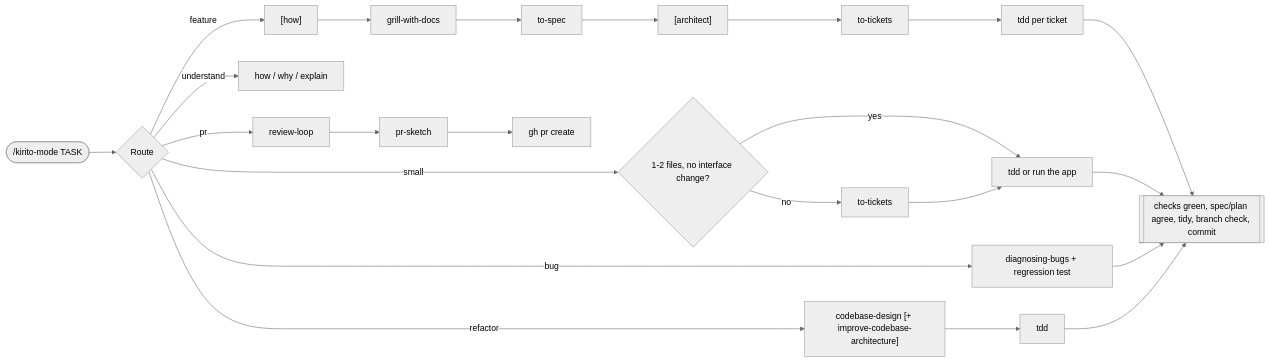
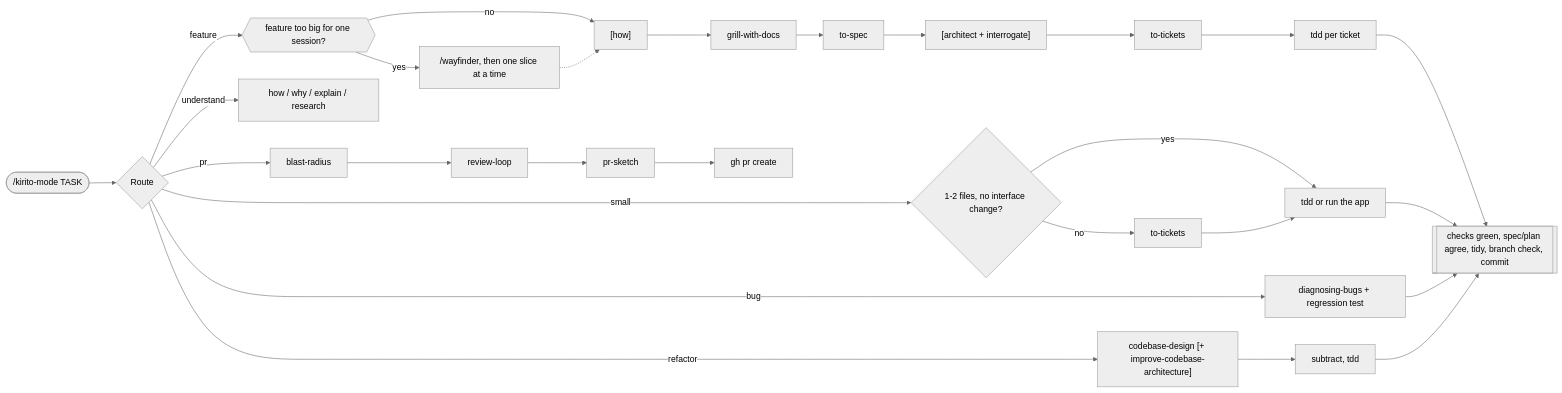
Before and after one commit to minhhuy1201/hkirito: the first of 3 diagrams in README.md, drawn with Mermaid (neutral theme). The commit also changed other lines of this file and 5 other files, not shown here.

Commit message:
docs: update readme flows and manual skills for vendored set

````diff
--- a/README.md
+++ b/README.md
@@ -7,15 +7,17 @@
 ```mermaid
 flowchart LR
     T(["/kirito-mode TASK"]) --> R{Route}
 
-    R -->|feature| F1["[how]"] --> F2[grill-with-docs] --> F3[to-spec] --> F4["[architect]"] --> F5[to-tickets] --> F6[tdd per ticket] --> FIN
+    R -->|feature| F0
+    F0 -->|no| F1["[how]"] --> F2[grill-with-docs] --> F3[to-spec] --> F4["[architect + interrogate]"] --> F5[to-tickets] --> F6[tdd per ticket] --> FIN
+    F0{{feature too big for one session?}} -->|yes| W["/wayfinder, then one slice at a time"] -.-> F1
     R -->|small| S1{"1-2 files, no interface change?"}
     S1 -->|yes| S2[tdd or run the app] --> FIN
     S1 -->|no| S3[to-tickets] --> S2
     R -->|bug| B1[diagnosing-bugs + regression test] --> FIN
-    R -->|refactor| X1["codebase-design [+ improve-codebase-architecture]"] --> X2[tdd] --> FIN
-    R -->|understand| U1[how / why / explain]
-    R -->|pr| P1[review-loop] --> P2[pr-sketch] --> P3[gh pr create]
+    R -->|refactor| X1["codebase-design [+ improve-codebase-architecture]"] --> X2[subtract, tdd] --> FIN
+    R -->|understand| U1[how / why / explain / research]
+    R -->|pr| P0[blast-radius] --> P1[review-loop] --> P2[pr-sketch] --> P3[gh pr create]
 
     FIN[["checks green, spec/plan agree, tidy, branch check, commit"]]
 ```
````
